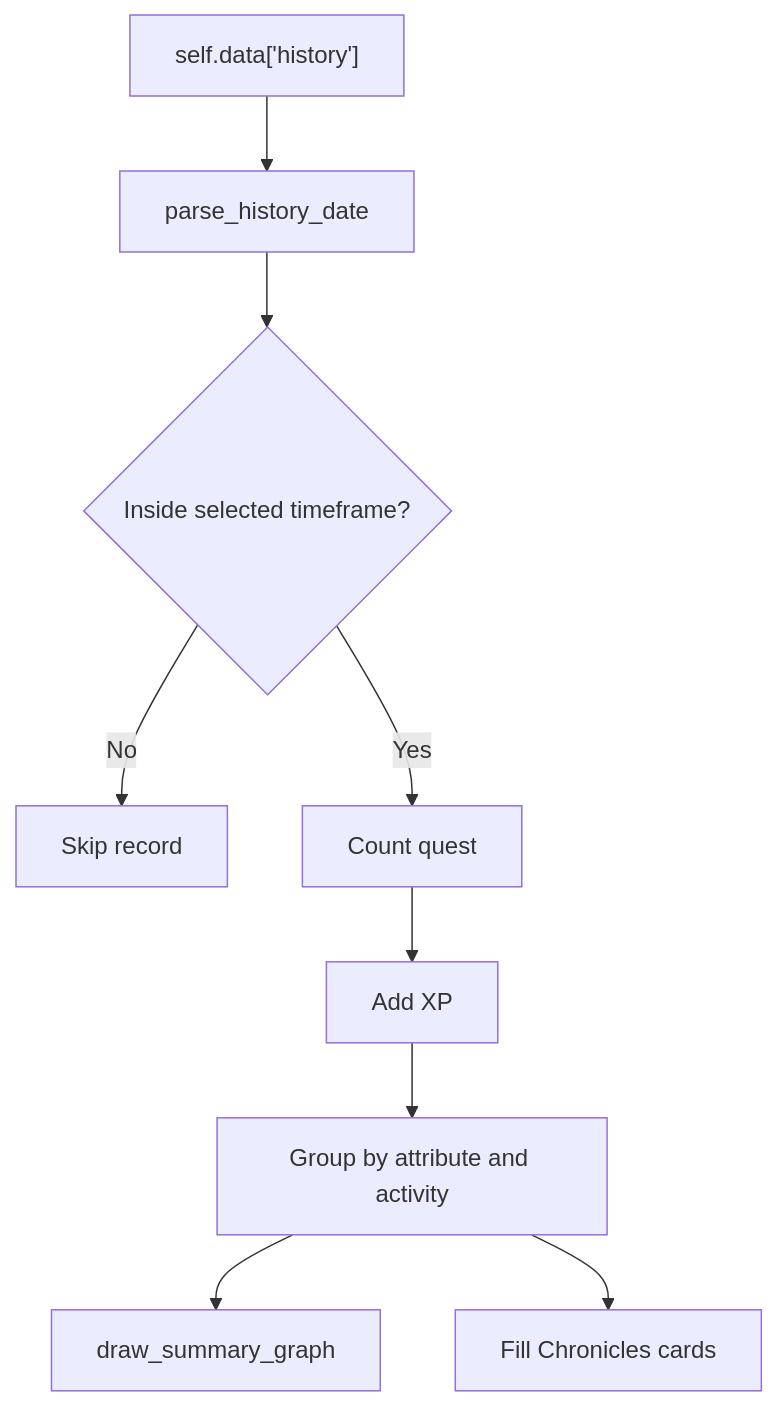
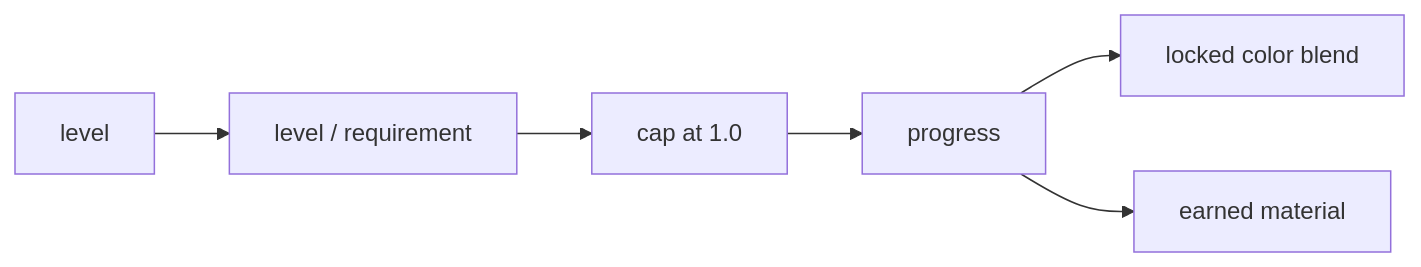
Before and after one commit to nimbold/LifeXP: diagram 17 of 30 in docs/beginner-guide/03-advanced.md, drawn with Mermaid. The commit also changed other lines of this file, not shown here.

````diff
--- a/docs/beginner-guide/03-advanced.md
+++ b/docs/beginner-guide/03-advanced.md
@@ -461,11 +886,8 @@
 ```mermaid
-flowchart TD
-    A["self.data['history']"] --> B["parse_history_date"]
-    B --> C{"Inside selected timeframe?"}
-    C -->|No| D["Skip record"]
-    C -->|Yes| E["Count quest"]
-    E --> F["Add XP"]
-    F --> G["Group by attribute and activity"]
-    G --> H["draw_summary_graph"]
-    G --> I["Fill Chronicles cards"]
+flowchart LR
+    A["level"] --> B["level / requirement"]
+    B --> C["cap at 1.0"]
+    C --> D["progress"]
+    D --> E["locked color blend"]
+    D --> F["earned material"]
 ```
````
